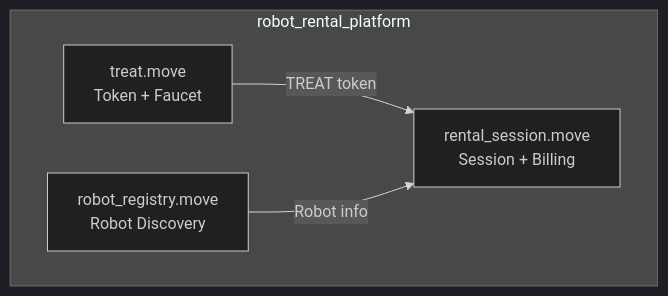
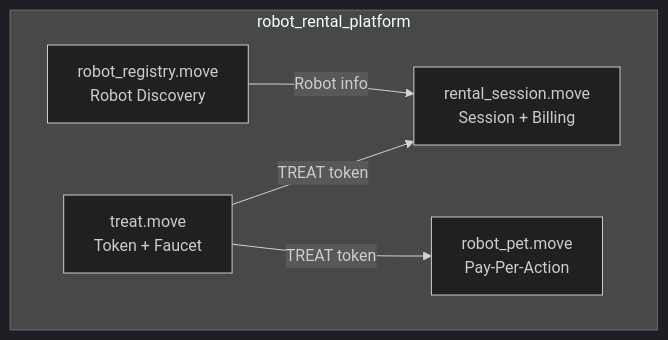
The fifth of 7 diagrams in R10/README.md (MystenLabs/sui-move-bootcamp), drawn with Mermaid (dark theme) before and after one commit. The commit also changed other lines of this file and 2 other files, not shown here.

Commit message:
Update README.md and R10 documentation to reflect changes in the technology stack, including the transition to `@mysten/dapp-kit-react`, and add new client scripts for robot actions. Enhance server and dApp structure with additional files for improved functionality.

````diff
--- a/R10/README.md
+++ b/R10/README.md
@@ -264,11 +264,13 @@
 ```mermaid
 graph TD
     subgraph "robot_rental_platform"
         TREAT[treat.move<br/>Token + Faucet]
         REG[robot_registry.move<br/>Robot Discovery]
         SESS[rental_session.move<br/>Session + Billing]
+        PET[robot_pet.move<br/>Pay-Per-Action]
     end
 
     TREAT -->|TREAT token| SESS
+    TREAT -->|TREAT token| PET
     REG -->|Robot info| SESS
 ```
````
